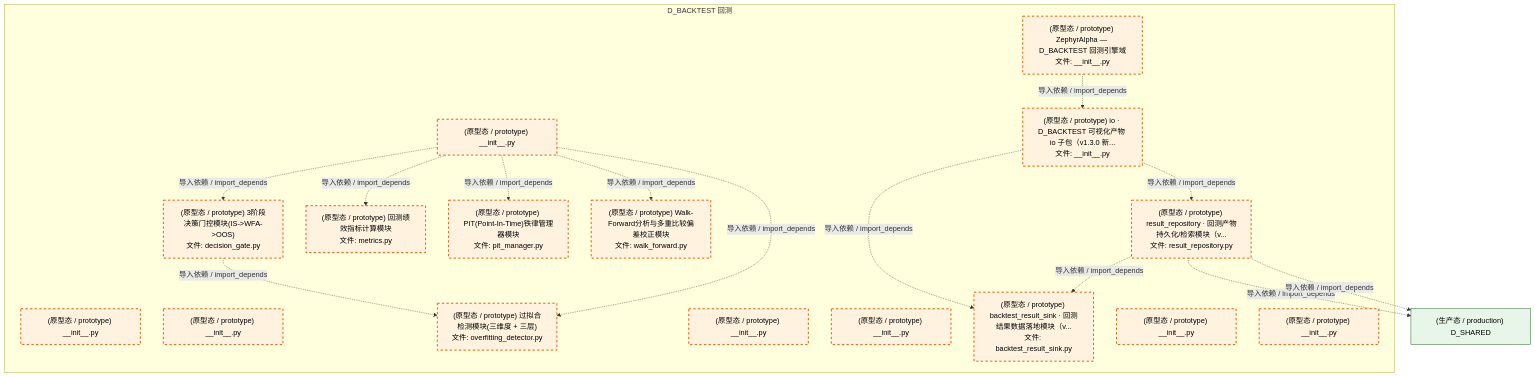
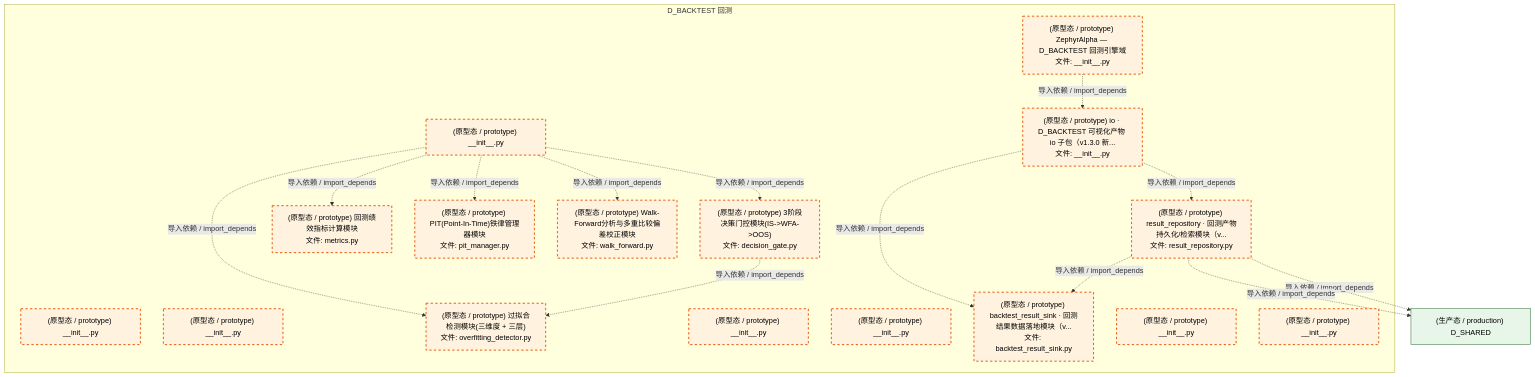
The fifth of 6 diagrams in docs/02_enterprise_architecture/02_domain_architecture_docs/30_d_backtest.md (xuanFelixVan/ZephyrAlpha), drawn with Mermaid before and after one commit. The commit also changed other lines of this file and 126 other files, not shown here.

````diff
--- a/docs/02_enterprise_architecture/02_domain_architecture_docs/30_d_backtest.md
+++ b/docs/02_enterprise_architecture/02_domain_architecture_docs/30_d_backtest.md
@@ -346,40 +346,40 @@
 ```mermaid
 graph TD
     subgraph D_BACKTEST["D_BACKTEST 回测"]
         src_zephyr_backtest_init_py["(原型态 / prototype) ZephyrAlpha — D_BACKTEST 回测引擎域<br/>文件: __init__.py"]
         src_zephyr_backtest_extensions_init_py["(原型态 / prototype) __init__.py"]
         src_zephyr_backtest_api_init_py["(原型态 / prototype) __init__.py"]
         src_zephyr_backtest_core_init_py["(原型态 / prototype) __init__.py"]
         src_zephyr_backtest_core_decision_gate_py["(原型态 / prototype) 3阶段决策门控模块(IS->WFA->OOS)<br/>文件: decision_gate.py"]
         src_zephyr_backtest_core_metrics_py["(原型态 / prototype) 回测绩效指标计算模块<br/>文件: metrics.py"]
         src_zephyr_backtest_core_overfitting_detector_py["(原型态 / prototype) 过拟合检测模块(三维度 + 三层)<br/>文件: overfitting_detector.py"]
         src_zephyr_backtest_core_pit_manager_py["(原型态 / prototype) PIT(Point-In-Time)铁律管理器模块<br/>文件: pit_manager.py"]
         src_zephyr_backtest_core_walk_forward_py["(原型态 / prototype) Walk-Forward分析与多重比较偏差校正模块<br/>文件: walk_forward.py"]
         src_zephyr_backtest_implementations_init_py["(原型态 / prototype) __init__.py"]
         src_zephyr_backtest_infrastructure_init_py["(原型态 / prototype) __init__.py"]
         src_zephyr_backtest_io_init_py["(原型态 / prototype) io · D_BACKTEST 可视化产物 io 子包（v1.3.0 新...<br/>文件: __init__.py"]
         src_zephyr_backtest_io_backtest_result_sink_py["(原型态 / prototype) backtest_result_sink · 回测结果数据落地模块（v...<br/>文件: backtest_result_sink.py"]
         src_zephyr_backtest_io_result_repository_py["(原型态 / prototype) result_repository · 回测产物持久化/检索模块（v...<br/>文件: result_repository.py"]
         src_zephyr_backtest_models_init_py["(原型态 / prototype) __init__.py"]
         src_zephyr_backtest_services_init_py["(原型态 / prototype) __init__.py"]
     end
     src_zephyr_backtest_init_py -.->|导入依赖 / import_depends| src_zephyr_backtest_io_init_py
     src_zephyr_backtest_core_decision_gate_py -.->|导入依赖 / import_depends| src_zephyr_backtest_core_overfitting_detector_py
+    src_zephyr_backtest_core_init_py -.->|导入依赖 / import_depends| src_zephyr_backtest_core_decision_gate_py
     src_zephyr_backtest_core_init_py -.->|导入依赖 / import_depends| src_zephyr_backtest_core_overfitting_detector_py
-    src_zephyr_backtest_core_init_py -.->|导入依赖 / import_depends| src_zephyr_backtest_core_decision_gate_py
     src_zephyr_backtest_core_init_py -.->|导入依赖 / import_depends| src_zephyr_backtest_core_pit_manager_py
     src_zephyr_backtest_core_init_py -.->|导入依赖 / import_depends| src_zephyr_backtest_core_metrics_py
     src_zephyr_backtest_core_init_py -.->|导入依赖 / import_depends| src_zephyr_backtest_core_walk_forward_py
+    src_zephyr_backtest_io_result_repository_py -.->|导入依赖 / import_depends| src_zephyr_backtest_io_backtest_result_sink_py
+    src_zephyr_backtest_io_init_py -.->|导入依赖 / import_depends| src_zephyr_backtest_io_result_repository_py
     src_zephyr_backtest_io_init_py -.->|导入依赖 / import_depends| src_zephyr_backtest_io_backtest_result_sink_py
-    src_zephyr_backtest_io_init_py -.->|导入依赖 / import_depends| src_zephyr_backtest_io_result_repository_py
-    src_zephyr_backtest_io_result_repository_py -.->|导入依赖 / import_depends| src_zephyr_backtest_io_backtest_result_sink_py
     D_SHARED["(生产态 / production) D_SHARED"]
     src_zephyr_backtest_io_result_repository_py -.->|导入依赖 / import_depends| D_SHARED
     src_zephyr_backtest_io_result_repository_py -.->|导入依赖 / import_depends| D_SHARED
     classDef production fill:#e1f5fe,stroke:#01579b,stroke-width:2px,color:#000
     classDef design fill:#fff3e0,stroke:#e65100,stroke-width:2px,color:#000,stroke-dasharray: 5 5
     classDef external_prod fill:#e8f5e9,stroke:#1b5e20,stroke-width:1px,color:#000
     classDef external_design fill:#fce4ec,stroke:#880e4f,stroke-width:1px,color:#000,stroke-dasharray: 5 5
     class src_zephyr_backtest_init_py,src_zephyr_backtest_extensions_init_py,src_zephyr_backtest_api_init_py,src_zephyr_backtest_core_init_py,src_zephyr_backtest_core_decision_gate_py,src_zephyr_backtest_core_metrics_py,src_zephyr_backtest_core_overfitting_detector_py,src_zephyr_backtest_core_pit_manager_py,src_zephyr_backtest_core_walk_forward_py,src_zephyr_backtest_implementations_init_py,src_zephyr_backtest_infrastructure_init_py,src_zephyr_backtest_io_init_py,src_zephyr_backtest_io_backtest_result_sink_py,src_zephyr_backtest_io_result_repository_py,src_zephyr_backtest_models_init_py,src_zephyr_backtest_services_init_py design
     class D_SHARED external_prod
 ```
````
